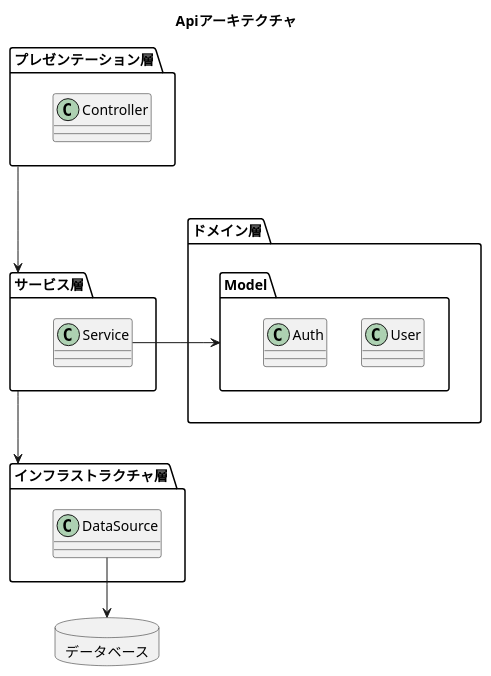
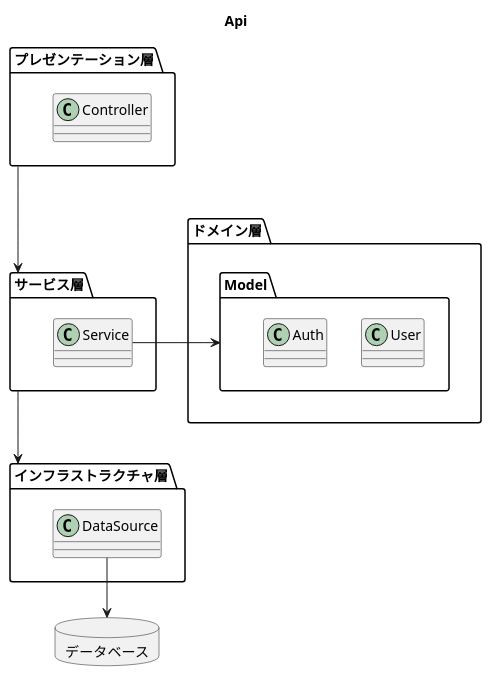
The fourth of 11 diagrams in docs/dev.adoc (k2works/case-study-sales), drawn with PlantUML before and after one commit. The commit also changed other lines of this file, not shown here.

```diff
--- a/docs/dev.adoc
+++ b/docs/dev.adoc
@@ -68,35 +96,35 @@
 [plantuml]
 ----
 @startuml
-title: Apiアーキテクチャ
+title: Api
 
 package "プレゼンテーション層" as UI {
 	class Controller
 }
 
 package "サービス層" as APP{
 	class Service
 }
 
 package "インフラストラクチャ層" as IF {
 	class DataSource
 }
 
 package "ドメイン層" as DOMAIN{
     package "Model" as MODEL {
         class User
         class Auth
     }
 }
 
 database データベース as DB {
 
 }
 
 UI ---> APP
 Service -> MODEL
 APP ---> IF
 DataSource --> DB
 
 @endtuml
 ----
```
